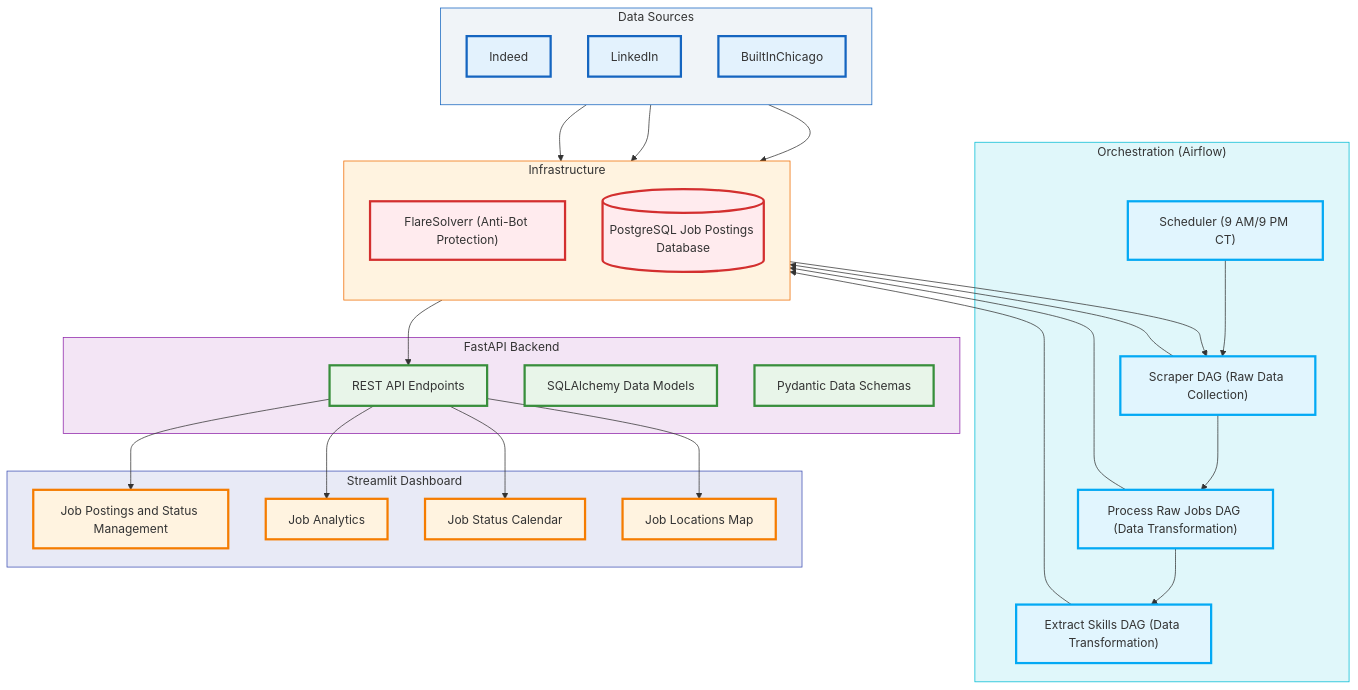
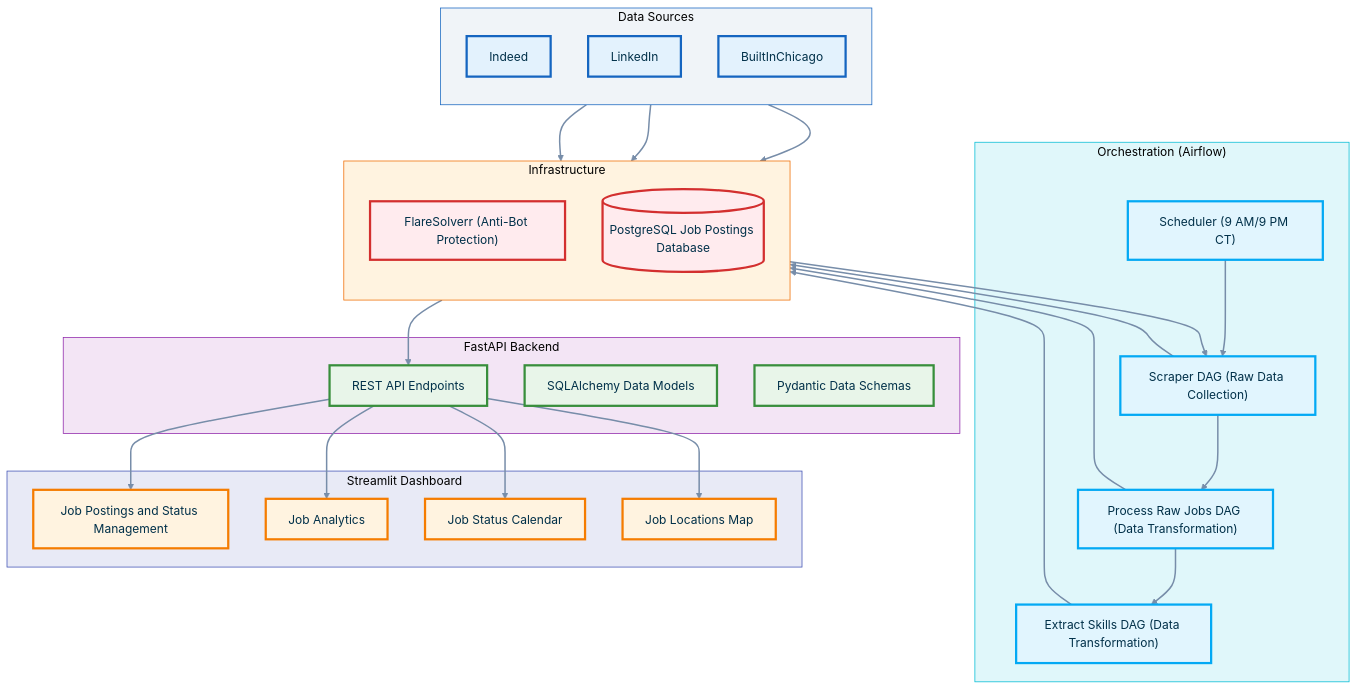
Before and after one commit to kwoolaid725/job-compass-app: the diagram in README.md, drawn with Mermaid.

````diff
--- a/README.md
+++ b/README.md
@@ -9,69 +9,71 @@
 ```mermaid
 flowchart TB
     subgraph DataSources ["Data Sources"]
         direction TB
         indeed["Indeed"]
         linkedin["LinkedIn"]
         builtIn["BuiltInChicago"]
     end
     subgraph Airflow ["Orchestration (Airflow)"]
         scheduler["Scheduler (9 AM/9 PM CT)"]
         scraper["Scraper DAG (Raw Data Collection)"]
         transformer["Process Raw Jobs DAG (Data Transformation)"]
         skills["Extract Skills DAG (Data Transformation)"]
     end
     subgraph Infrastructure ["Infrastructure"]
         direction TB
         flare["FlareSolverr (Anti-Bot Protection)"]
         db[(PostgreSQL Job Postings Database)]
     end
     subgraph API ["FastAPI Backend"]
         endpoints["REST API Endpoints"]
         models["SQLAlchemy Data Models"]
         schemas["Pydantic Data Schemas"]
     end
     subgraph Frontend ["Streamlit Dashboard"]
         postings["Job Postings and Status Management"]
         analytics["Job Analytics"]
         calendar["Job Status Calendar"]
         maps["Job Locations Map"]
     end
     
     indeed --> flare
     linkedin --> flare
     builtIn --> flare
     flare --> scraper
     scheduler --> scraper
     scraper --> db
     scraper --> transformer
     transformer --> skills
     transformer --> db
     skills --> db
     db --> endpoints
     endpoints --> postings
     endpoints --> analytics
     endpoints --> calendar
     endpoints --> maps
     
-    classDef source fill:#e3f2fd,stroke:#1565c0,stroke-width:3px
-    classDef infra fill:#ffebee,stroke:#d32f2f,stroke-width:3px
-    classDef api fill:#e8f5e9,stroke:#388e3c,stroke-width:3px
-    classDef frontend fill:#fff3e0,stroke:#f57c00,stroke-width:3px
-    classDef airflow fill:#e1f5fe,stroke:#03a9f4,stroke-width:3px
+    classDef source fill:#e3f2fd,stroke:#1565c0,stroke-width:3px,color:#003049
+    classDef infra fill:#ffebee,stroke:#d32f2f,stroke-width:3px,color:#003049
+    classDef api fill:#e8f5e9,stroke:#388e3c,stroke-width:3px,color:#003049
+    classDef frontend fill:#fff3e0,stroke:#f57c00,stroke-width:3px,color:#003049
+    classDef airflow fill:#e1f5fe,stroke:#03a9f4,stroke-width:3px,color:#003049
     
     class indeed,linkedin,builtIn source
     class flare,db infra
     class scheduler airflow
     class scraper airflow
     class transformer airflow
     class skills airflow
     class endpoints,models,schemas api
     class postings,analytics,calendar,maps frontend
     
     %% Background colors for subgraphs
-    style DataSources fill:#f0f4f8,stroke:#1565c0,stroke-width:1px
-    style Airflow fill:#e0f7fa,stroke:#00bcd4,stroke-width:1px
-    style Infrastructure fill:#fff3e0,stroke:#ef6c00,stroke-width:1px
-    style API fill:#f3e5f5,stroke:#8e24aa,stroke-width:1px
-    style Frontend fill:#e8eaf6,stroke:#3f51b5,stroke-width:1px
+    style DataSources fill:#f0f4f8,stroke:#1565c0,stroke-width:1px,color:#000000
+    style Airflow fill:#e0f7fa,stroke:#00bcd4,stroke-width:1px,color:#000000
+    style Infrastructure fill:#fff3e0,stroke:#ef6c00,stroke-width:1px,color:#000000
+    style API fill:#f3e5f5,stroke:#8e24aa,stroke-width:1px,color:#000000
+    style Frontend fill:#e8eaf6,stroke:#3f51b5,stroke-width:1px,color:#000000
+    %% Set default link color
+    linkStyle default stroke:#778da9,stroke-width:2px
 ```
````
